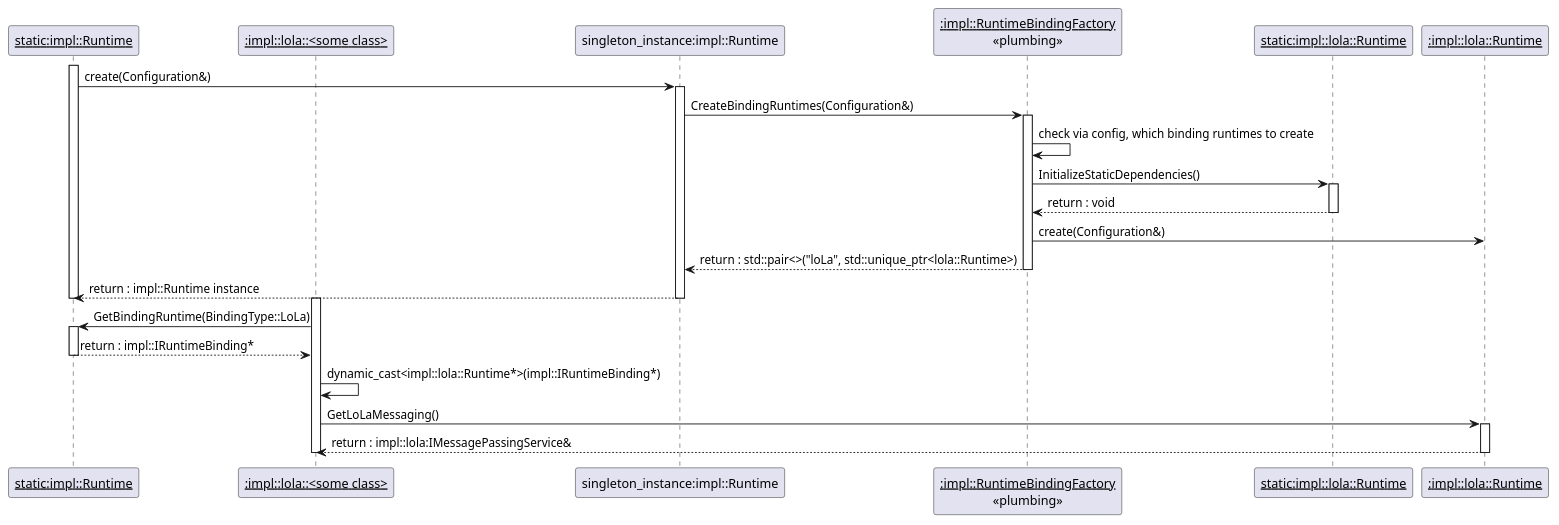
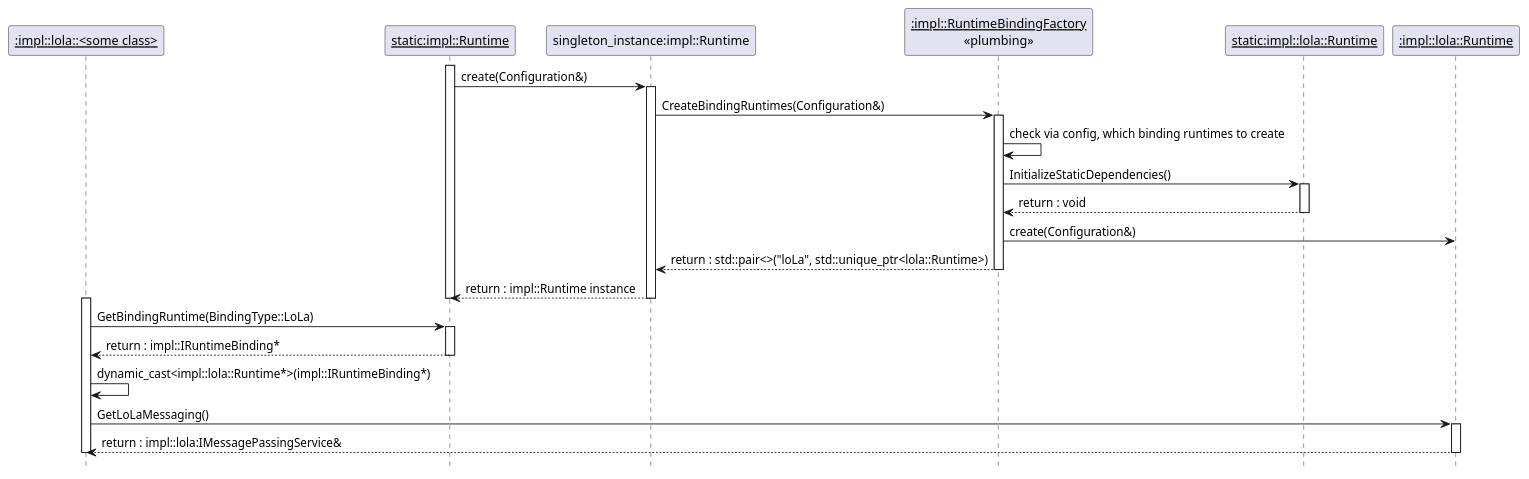
The diagram in score/mw/com/design/runtime/runtime_sequence_view.puml (eclipse-score/communication), drawn with PlantUML before and after one commit. The commit also changed 1 other file, not shown here.

Commit message:
Align runtime diagrams with common structure

```diff
--- a/score/mw/com/design/runtime/runtime_sequence_view.puml
+++ b/score/mw/com/design/runtime/runtime_sequence_view.puml
@@ -1,45 +1,48 @@
 @startuml
+
+hide footbox
+
+participant "<u>:impl::lola::<some class></u>" as lolaClass
 participant "<u>static:impl::Runtime</u>" as staticRuntime
-participant "<u>:impl::lola::<some class></u>" as lolaClass
 participant "singleton_instance:impl::Runtime" as runtimeInstance
 participant "<u>:impl::RuntimeBindingFactory</u>\n<<plumbing>>" as bindingFactory
 participant "<u>static:impl::lola::Runtime</u>" as staticLolaRuntime
 participant "<u>:impl::lola::Runtime</u>" as lolaRuntime
 
 activate staticRuntime
 staticRuntime -> runtimeInstance : create(Configuration&)
 activate runtimeInstance
 
 runtimeInstance -> bindingFactory : CreateBindingRuntimes(Configuration&)
 activate bindingFactory
 
 bindingFactory -> bindingFactory : check via config, which binding runtimes to create
 
 bindingFactory -> staticLolaRuntime : InitializeStaticDependencies()
 activate staticLolaRuntime
 staticLolaRuntime --> bindingFactory : return : void
 deactivate staticLolaRuntime
 
 bindingFactory -> lolaRuntime : create(Configuration&)
 bindingFactory --> runtimeInstance : return : std::pair<>("loLa", std::unique_ptr<lola::Runtime>)
 deactivate bindingFactory
 
 runtimeInstance --> staticRuntime : return : impl::Runtime instance
 deactivate runtimeInstance
 deactivate staticRuntime
 
 activate lolaClass
 lolaClass -> staticRuntime : GetBindingRuntime(BindingType::LoLa)
 activate staticRuntime
 staticRuntime --> lolaClass : return : impl::IRuntimeBinding*
 deactivate staticRuntime
 
 lolaClass -> lolaClass : dynamic_cast<impl::lola::Runtime*>(impl::IRuntimeBinding*)
 
 lolaClass -> lolaRuntime : GetLoLaMessaging()
 activate lolaRuntime
 lolaRuntime --> lolaClass : return : impl::lola:IMessagePassingService&
 deactivate lolaRuntime
 deactivate lolaClass
 
 @enduml
```
